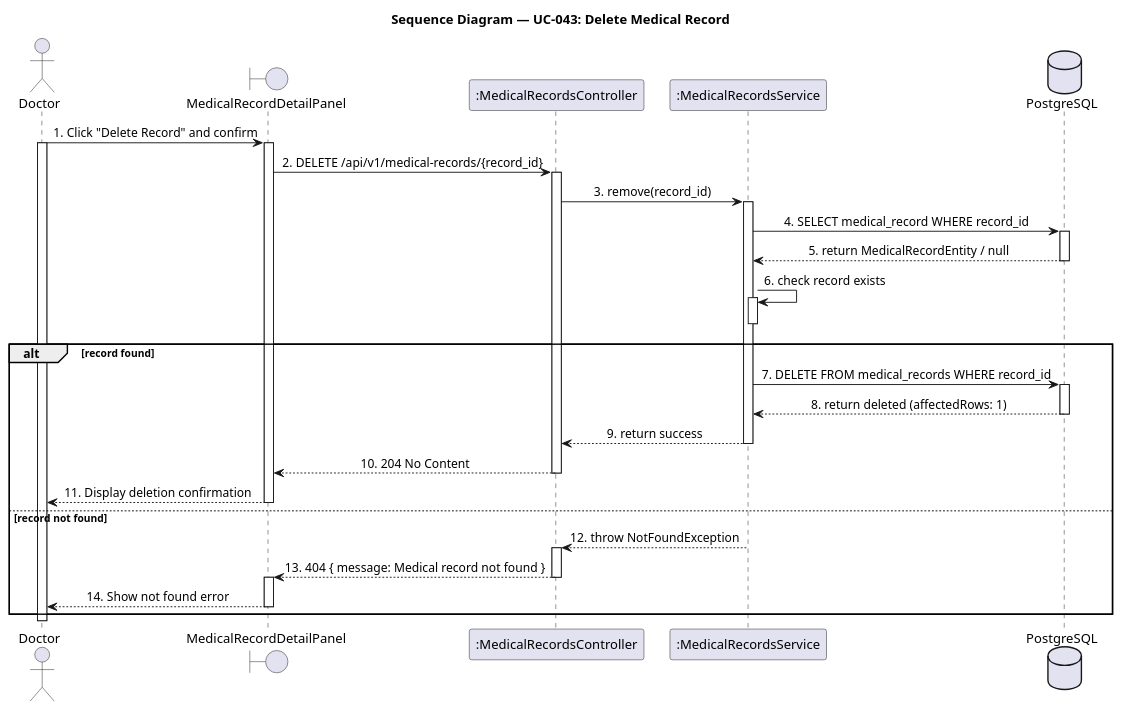
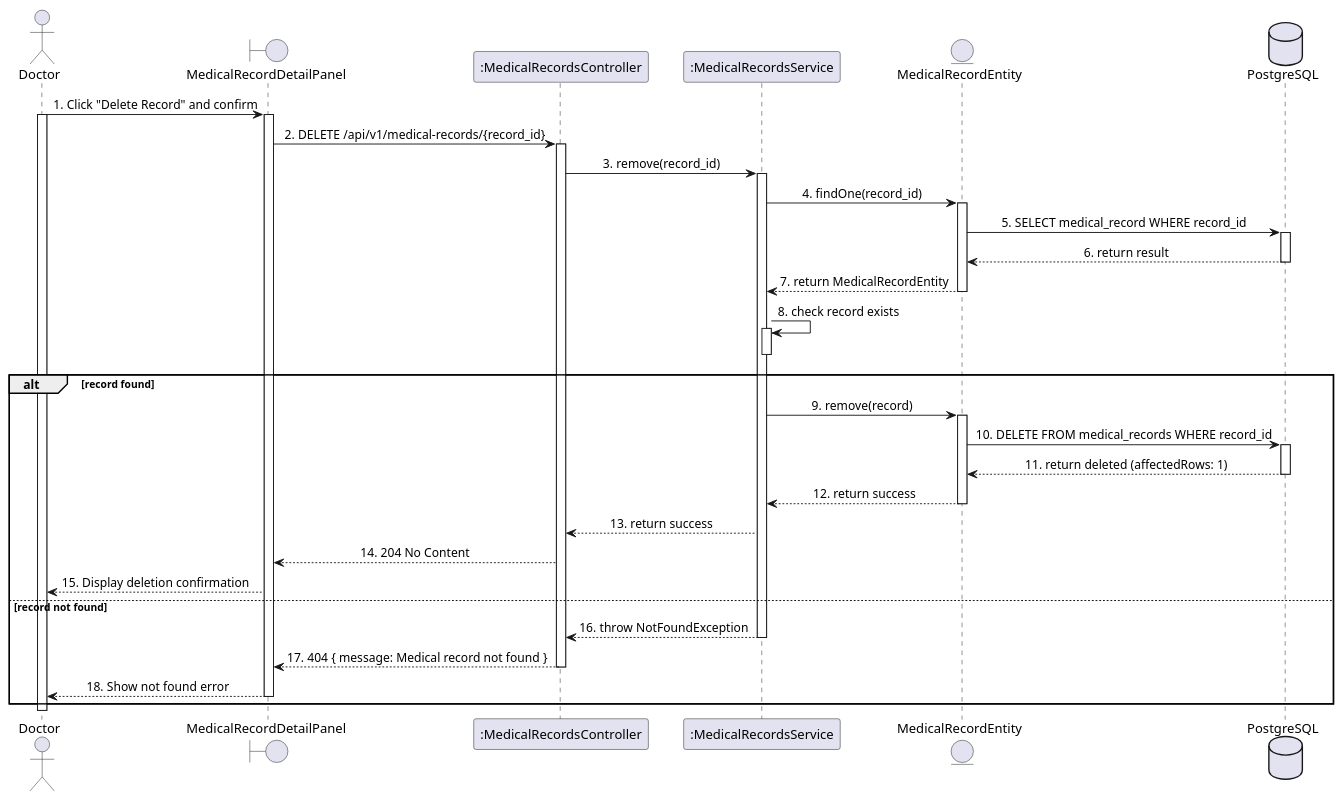
Before and after one commit to LTPPPP/Smart-Medical-Intelligent-Ledger-for-E-health-S.M.I.L.E-: the diagram in docs/sequence-diagram/UC43_DeleteMedicalRecord.puml, drawn with PlantUML. The commit also changed 114 other files, not shown here.

Commit message:
feat: complete class,sequence

```diff
--- a/docs/sequence-diagram/UC43_DeleteMedicalRecord.puml
+++ b/docs/sequence-diagram/UC43_DeleteMedicalRecord.puml
@@ -1,58 +1,58 @@
 @startuml SequenceDiagram
 skinparam shadowing false
 skinparam sequenceMessageAlign center
-
-title Sequence Diagram — UC-043: Delete Medical Record
-
 actor "Doctor" as user
 boundary "MedicalRecordDetailPanel" as form
 participant ":MedicalRecordsController" as ctrl
 participant ":MedicalRecordsService" as recSvc
+entity "MedicalRecordEntity" as recEntity
 database "PostgreSQL" as db
 
 user -> form : 1. Click "Delete Record" and confirm
 activate user
 activate form
 
 form -> ctrl : 2. DELETE /api/v1/medical-records/{record_id}
 activate ctrl
 
 ctrl -> recSvc : 3. remove(record_id)
 activate recSvc
 
-recSvc -> db : 4. SELECT medical_record WHERE record_id
+recSvc -> recEntity : 4. findOne(record_id)
+activate recEntity
+recEntity -> db : 5. SELECT medical_record WHERE record_id
 activate db
-db --> recSvc : 5. return MedicalRecordEntity / null
+db --> recEntity : 6. return result
 deactivate db
+recEntity --> recSvc : 7. return MedicalRecordEntity
+deactivate recEntity
 
-recSvc -> recSvc : 6. check record exists
+recSvc -> recSvc : 8. check record exists
 activate recSvc
 deactivate recSvc
 alt record found
-  recSvc -> db : 7. DELETE FROM medical_records WHERE record_id
+  recSvc -> recEntity : 9. remove(record)
+  activate recEntity
+  recEntity -> db : 10. DELETE FROM medical_records WHERE record_id
   activate db
-  db --> recSvc : 8. return deleted (affectedRows: 1)
+  db --> recEntity : 11. return deleted (affectedRows: 1)
   deactivate db
+  recEntity --> recSvc : 12. return success
+  deactivate recEntity
 
-  recSvc --> ctrl : 9. return success
+  recSvc --> ctrl : 13. return success
+  ctrl --> form : 14. 204 No Content
+
+  form --> user : 15. Display deletion confirmation
+else record not found
+  recSvc --> ctrl : 16. throw NotFoundException
   deactivate recSvc
-
-  ctrl --> form : 10. 204 No Content
+  ctrl --> form : 17. 404 { message: Medical record not found }
   deactivate ctrl
-
-  form --> user : 11. Display deletion confirmation
-  deactivate form
-else record not found
-  recSvc --> ctrl : 12. throw NotFoundException
-  deactivate recSvc
-  activate ctrl
-  ctrl --> form : 13. 404 { message: Medical record not found }
-  deactivate ctrl
-  activate form
-  form --> user : 14. Show not found error
+  form --> user : 18. Show not found error
   deactivate form
 end
 
 deactivate user
 
 @enduml
```
